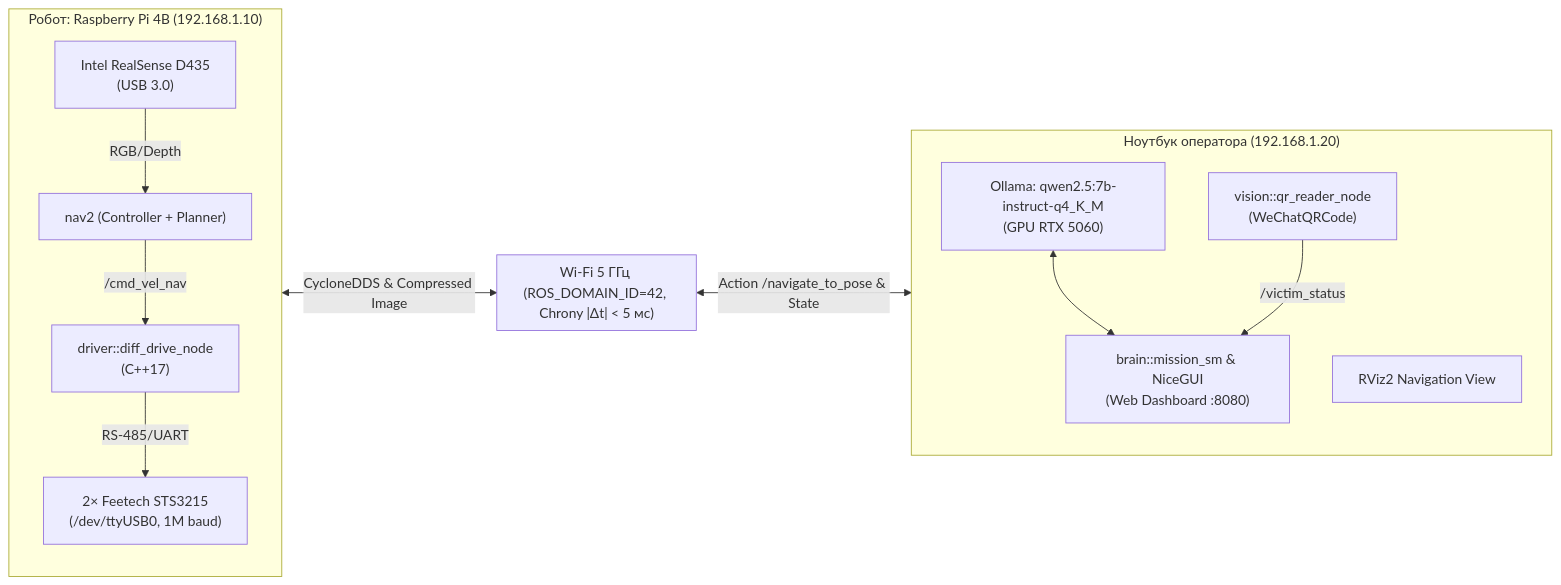
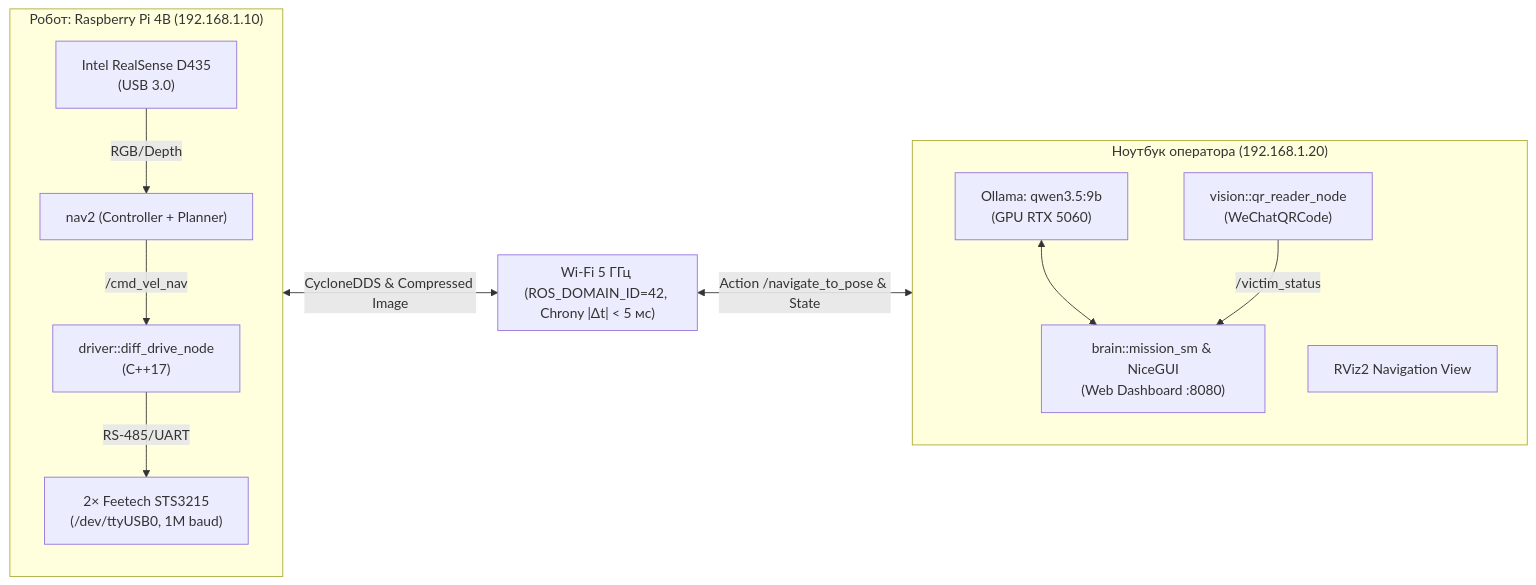
One commit to traptron/IJKbot changed the first of 2 diagrams in README.md. Above: the diagram before and after it, drawn with Mermaid. The commit also changed other lines of this file and 6 other files, not shown here.

````diff
--- a/README.md
+++ b/README.md
@@ -67,27 +67,27 @@
 ```mermaid
 flowchart LR
     subgraph Robot["Робот: Raspberry Pi 4B (192.168.1.10)"]
         Sensors["Intel RealSense D435<br/>(USB 3.0)"]
         DriverNode["driver::diff_drive_node<br/>(C++17)"]
         Servos["2× Feetech STS3215<br/>(/dev/ttyUSB0, 1M baud)"]
         Nav2Stack["nav2 (Controller + Planner)"]
         Sensors -->|RGB/Depth| Nav2Stack
         DriverNode -->|RS-485/UART| Servos
         Nav2Stack -->|/cmd_vel_nav| DriverNode
     end
 
     subgraph WiFi["Wi-Fi 5 ГГц (ROS_DOMAIN_ID=42, Chrony |Δt| < 5 мс)"]
     end
 
     subgraph Laptop["Ноутбук оператора (192.168.1.20)"]
-        Ollama["Ollama: qwen2.5:7b-instruct-q4_K_M<br/>(GPU RTX 5060)"]
+        Ollama["Ollama: qwen3.5:9b<br/>(GPU RTX 5060)"]
         VisionNode["vision::qr_reader_node<br/>(WeChatQRCode)"]
         BrainNode["brain::mission_sm & NiceGUI<br/>(Web Dashboard :8080)"]
         RViz["RViz2 Navigation View"]
         Ollama <--> BrainNode
         VisionNode -->|/victim_status| BrainNode
     end
 
     Robot <-->|CycloneDDS & Compressed Image| WiFi
     WiFi <-->|Action /navigate_to_pose & State| Laptop
 ```
````
